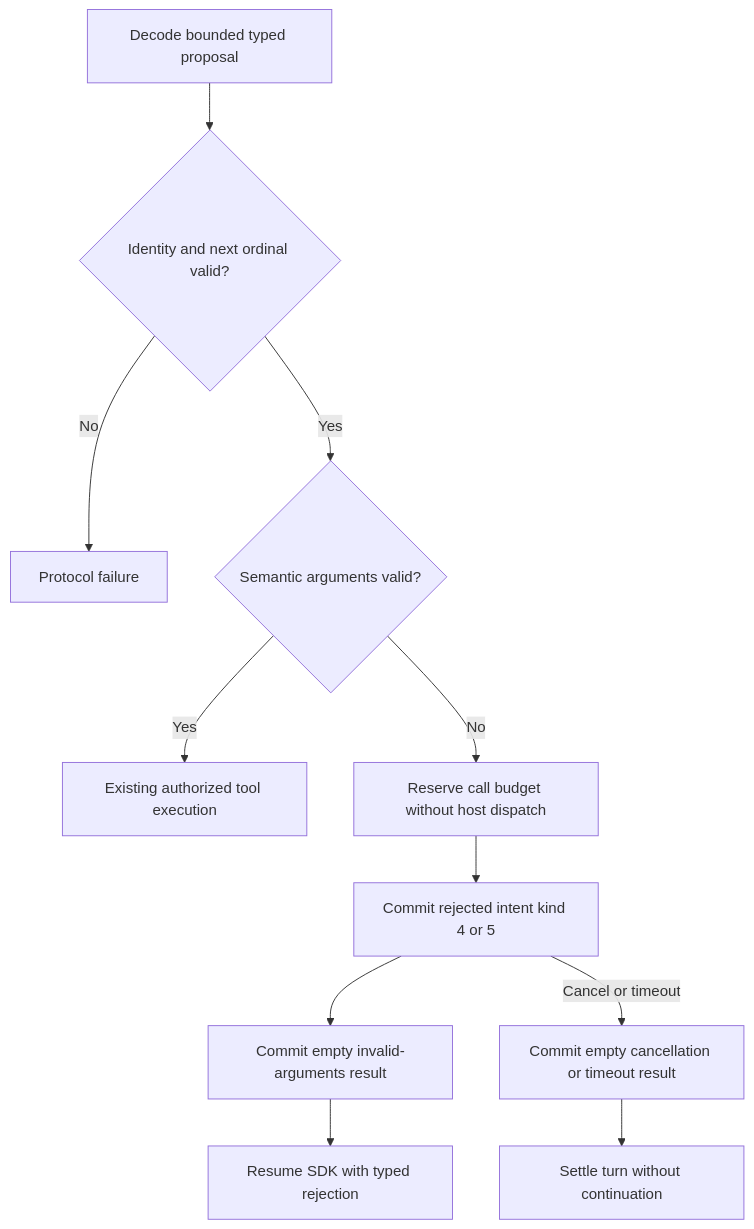
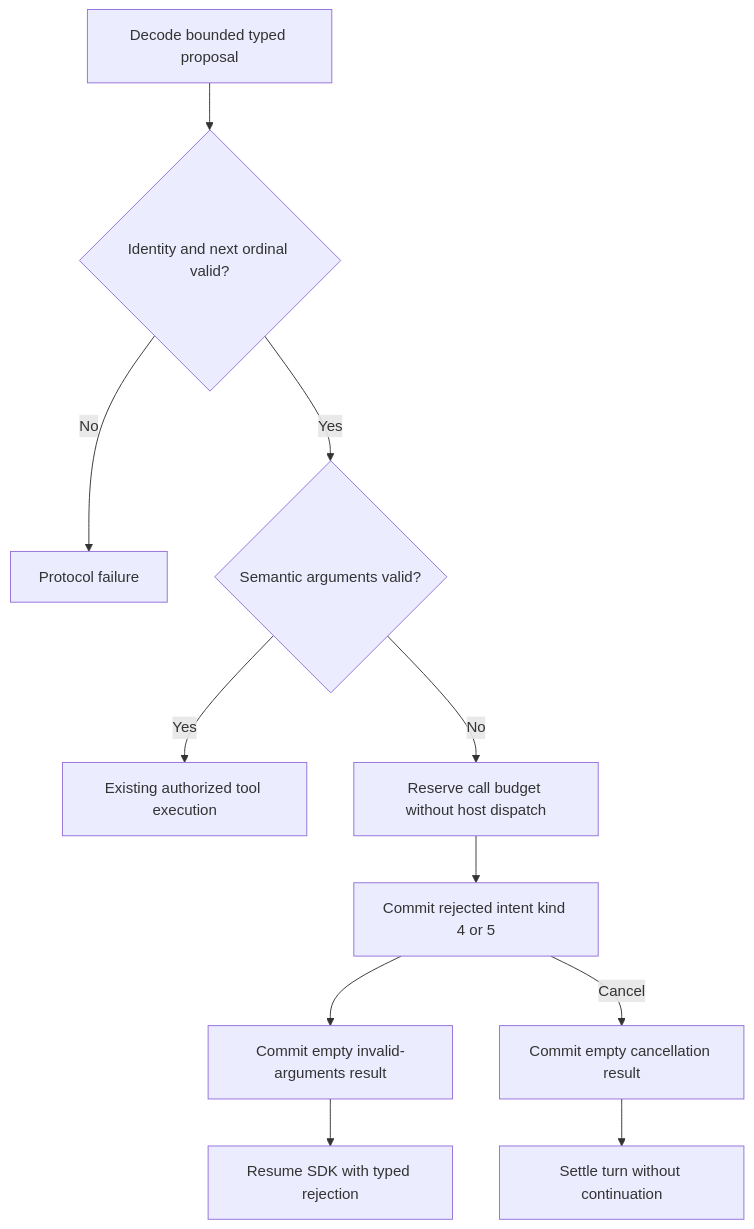
One commit to pidster/asura changed the seventh of 9 diagrams in docs/designs/model-tool-execution.md. Above: the diagram before and after it, drawn with Mermaid. The commit also changed other lines of this file and 107 other files, not shown here.

````diff
--- a/docs/designs/model-tool-execution.md
+++ b/docs/designs/model-tool-execution.md
@@ -588,13 +603,13 @@
 ```mermaid
 flowchart TD
     Frame[Decode bounded typed proposal] --> Identity{Identity and next ordinal valid?}
     Identity -->|No| Fault[Protocol failure]
     Identity -->|Yes| Args{Semantic arguments valid?}
     Args -->|Yes| Normal[Existing authorized tool execution]
     Args -->|No| Reserve[Reserve call budget without host dispatch]
     Reserve --> Intent[Commit rejected intent kind 4 or 5]
     Intent --> Result[Commit empty invalid-arguments result]
-    Intent -->|Cancel or timeout| Failed[Commit empty cancellation or timeout result]
+    Intent -->|Cancel| Failed[Commit empty cancellation result]
     Result --> Callback[Resume SDK with typed rejection]
     Failed --> Settle[Settle turn without continuation]
 ```
````
